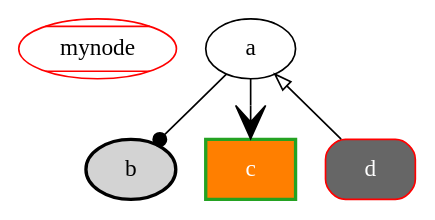
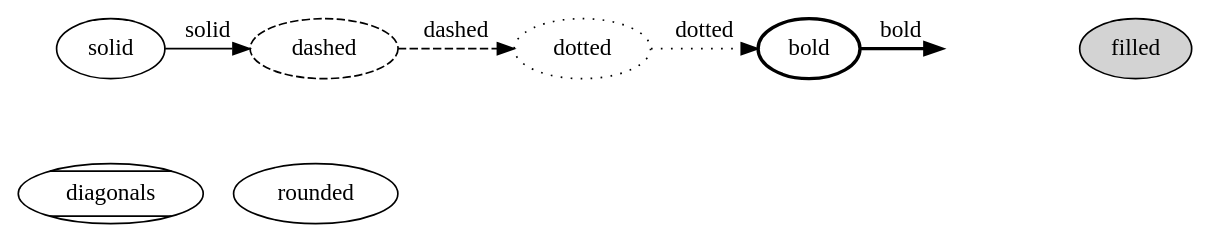
The diagram in static/image/2019/07/fig6.dot (Jeanhwea/jeanhwea.github.io), drawn with Graphviz before and after one commit. The commit also changed 5 other files, not shown here.

```diff
--- a/static/image/2019/07/fig6.dot
+++ b/static/image/2019/07/fig6.dot
@@ -1,9 +1,20 @@
 digraph fig6 {
-  mynode [color=red; style=diagonals];
-  b[style="bold,filled"];
-  c[shape=box,style="bold,filled",color="#24a222",fillcolor="#ff7f00"fontcolor=white];
-  d[shape=Mrecord,style=filled,color="red",fillcolor="#666666"fontcolor=white];
-  a -> b [arrowhead=dot];
-  a -> c [arrowhead=vee; arrowsize=2];
-  a -> d [dir=back, arrowtail=empty];
+  solid -> dashed[style=solid; label=solid];
+  dashed -> dotted[style=dashed; label=dashed];
+  dotted -> bold[style=dotted; label=dotted];
+  bold -> invis[style=bold; label=bold];
+  solid -> diagonals[style=invis; label=invis];
+
+  solid[style=solid];
+  dashed[style=dashed];
+  dotted[style=dotted];
+  bold[style=bold];
+  invis[style=invis];
+  filled[style=filled];
+
+  diagonals[style=diagonals];
+  rounded[style=rounded];
+
+  { rank=same solid dashed dotted bold invis filled}
+  { rank=same diagonals rounded }
 }
```
